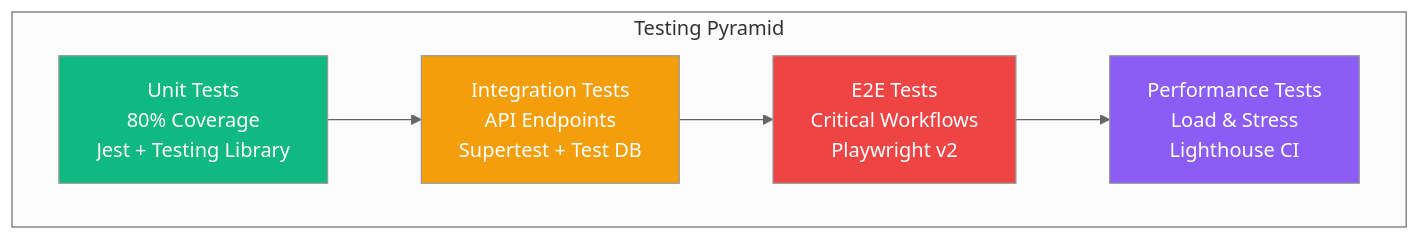
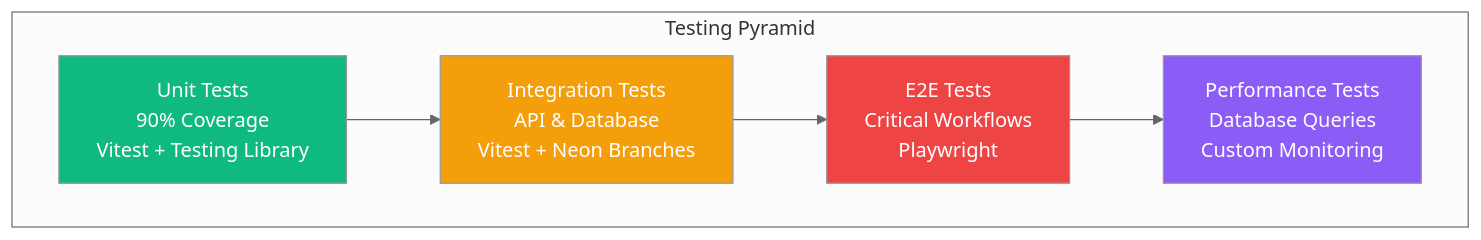
One commit to BjornMelin/contribux changed the fifth of 5 diagrams in README.md. Above: the diagram before and after it, drawn with Mermaid (neutral theme). The commit also changed other lines of this file and 667 other files, not shown here.

````diff
--- a/README.md
+++ b/README.md
@@ -439,13 +512,13 @@
 ```mermaid
 graph TD
     subgraph "Testing Pyramid"
-        A[Unit Tests<br/>80% Coverage<br/>Jest + Testing Library] --> B[Integration Tests<br/>API Endpoints<br/>Supertest + Test DB]
-        B --> C[E2E Tests<br/>Critical Workflows<br/>Playwright v2]
-        C --> D[Performance Tests<br/>Load & Stress<br/>Lighthouse CI]
+        A[Unit Tests<br/>90% Coverage<br/>Vitest + Testing Library] --> B[Integration Tests<br/>API & Database<br/>Vitest + Neon Branches]
+        B --> C[E2E Tests<br/>Critical Workflows<br/>Playwright]
+        C --> D[Performance Tests<br/>Database Queries<br/>Custom Monitoring]
     end
-    
+
     style A fill:#10B981,color:#fff
     style B fill:#F59E0B,color:#fff
     style C fill:#EF4444,color:#fff
     style D fill:#8B5CF6,color:#fff
 ```
````
